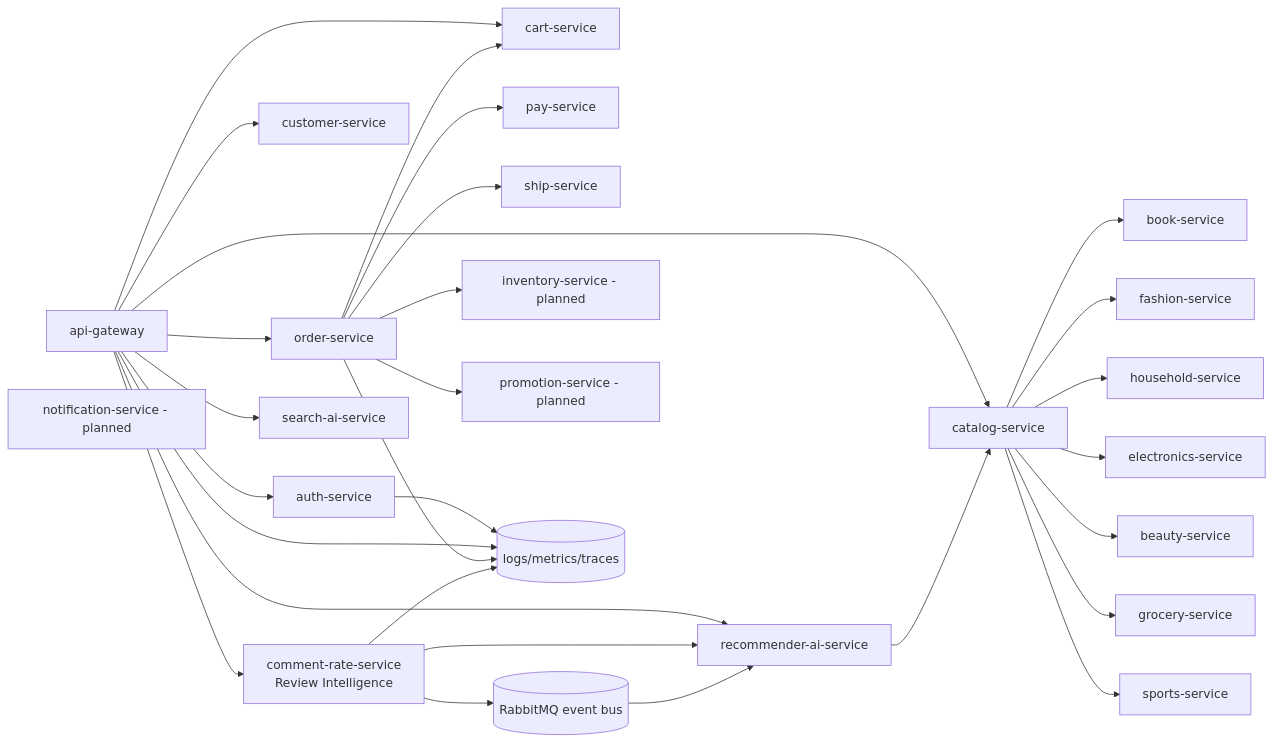
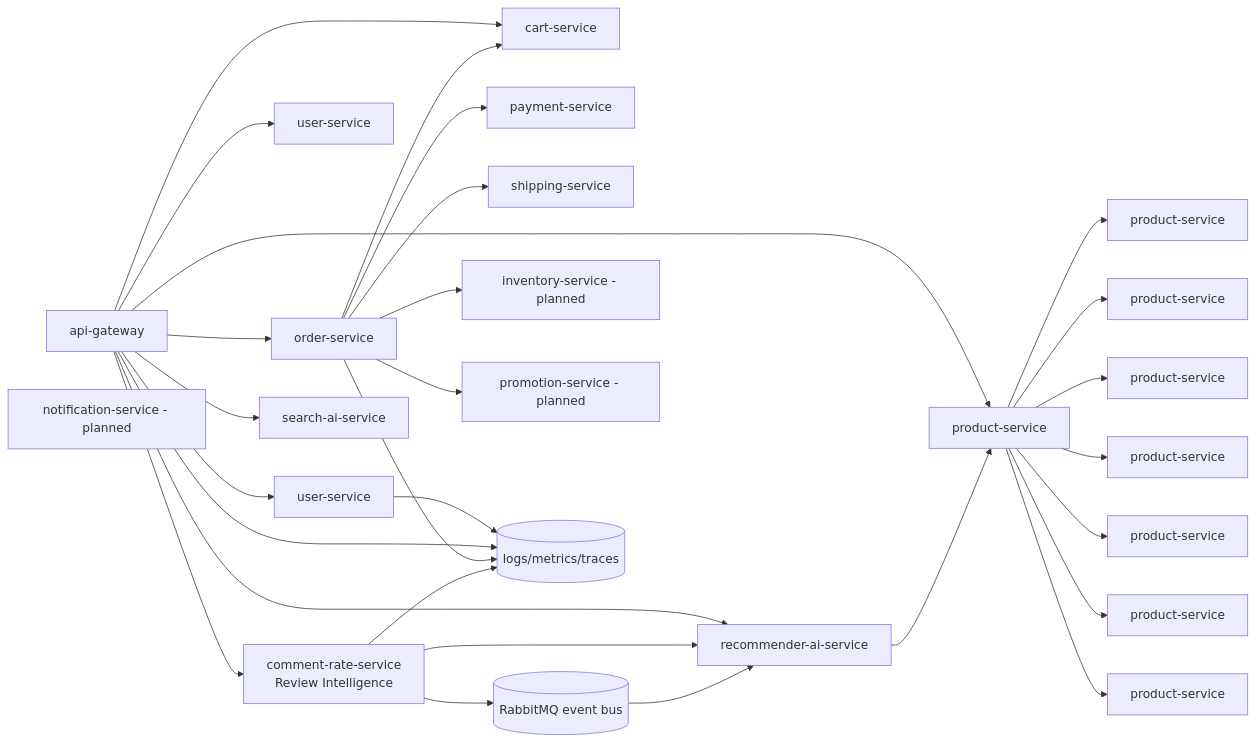
The diagram in docs/architecture.md (tho179/e-commerce_with_AI), drawn with Mermaid before and after one commit. The commit also changed other lines of this file and 454 other files, not shown here.

````diff
--- a/docs/architecture.md
+++ b/docs/architecture.md
@@ -18,59 +18,59 @@
 ```mermaid
 flowchart LR
     GATEWAY[api-gateway]
-    AUTH[auth-service]
-    CUS[customer-service]
+    AUTH[user-service]
+    CUS[user-service]
     CART[cart-service]
-    CAT[catalog-service]
-    BOOK[book-service]
-    FASHION[fashion-service]
-    HOUSE[household-service]
-    ELEC[electronics-service]
-    BEAUTY[beauty-service]
-    GROCERY[grocery-service]
-    SPORTS[sports-service]
+    CAT[product-service]
+    BOOK[product-service]
+    FASHION[product-service]
+    HOUSE[product-service]
+    ELEC[product-service]
+    BEAUTY[product-service]
+    GROCERY[product-service]
+    SPORTS[product-service]
     ORD[order-service]
-    PAY[pay-service]
-    SHIP[ship-service]
+    PAY[payment-service]
+    SHIP[shipping-service]
     REVIEW[comment-rate-service\nReview Intelligence]
     REC[recommender-ai-service]
     SEARCH[search-ai-service]
     RABBIT[(RabbitMQ event bus)]
     INVENTORY[inventory-service - planned]
     PROMO[promotion-service - planned]
     NOTI[notification-service - planned]
     OBS[(logs/metrics/traces)]
 
     GATEWAY --> AUTH
     GATEWAY --> CUS
     GATEWAY --> CART
     GATEWAY --> CAT
     GATEWAY --> ORD
     GATEWAY --> REVIEW
     GATEWAY --> REC
     GATEWAY --> SEARCH
 
     CAT --> BOOK
     CAT --> FASHION
     CAT --> HOUSE
     CAT --> ELEC
     CAT --> BEAUTY
     CAT --> GROCERY
     CAT --> SPORTS
 
     ORD --> CART
     ORD --> PAY
     ORD --> SHIP
     ORD --> INVENTORY
     ORD --> PROMO
 
     REVIEW --> REC
     REVIEW --> RABBIT
     RABBIT --> REC
     REC --> CAT
 
     AUTH --> OBS
     GATEWAY --> OBS
     ORD --> OBS
     REVIEW --> OBS
 ```
````
